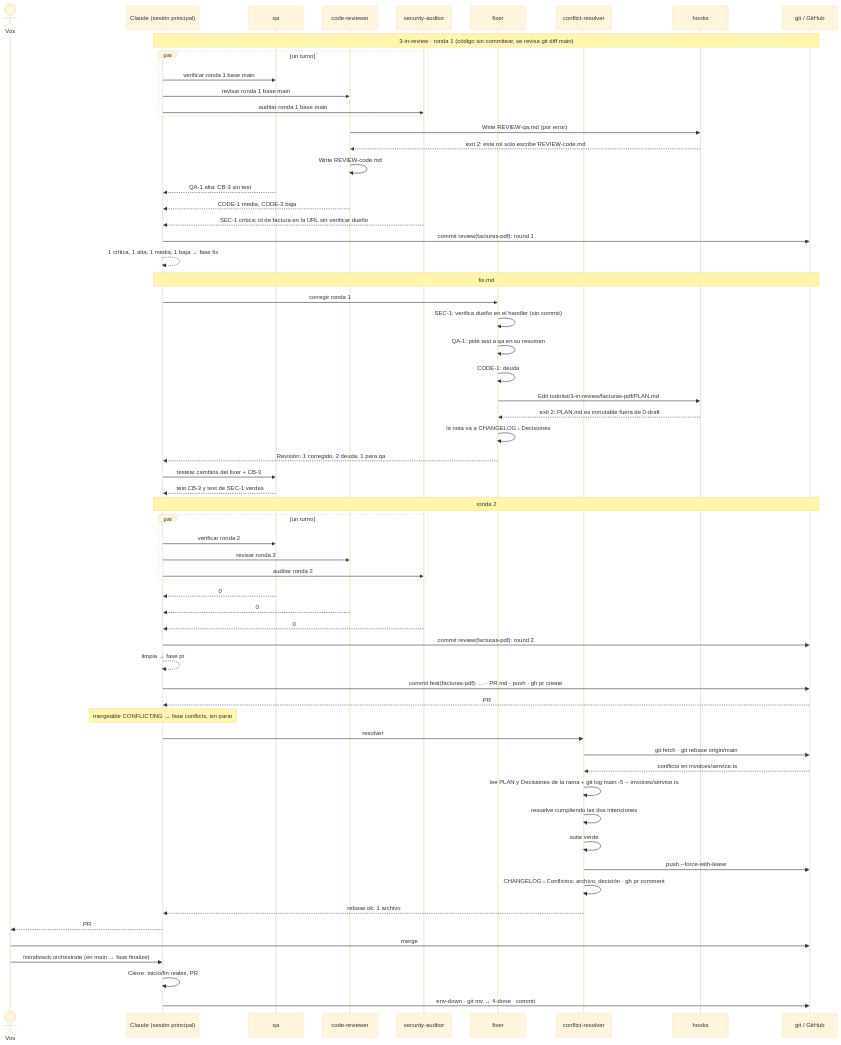
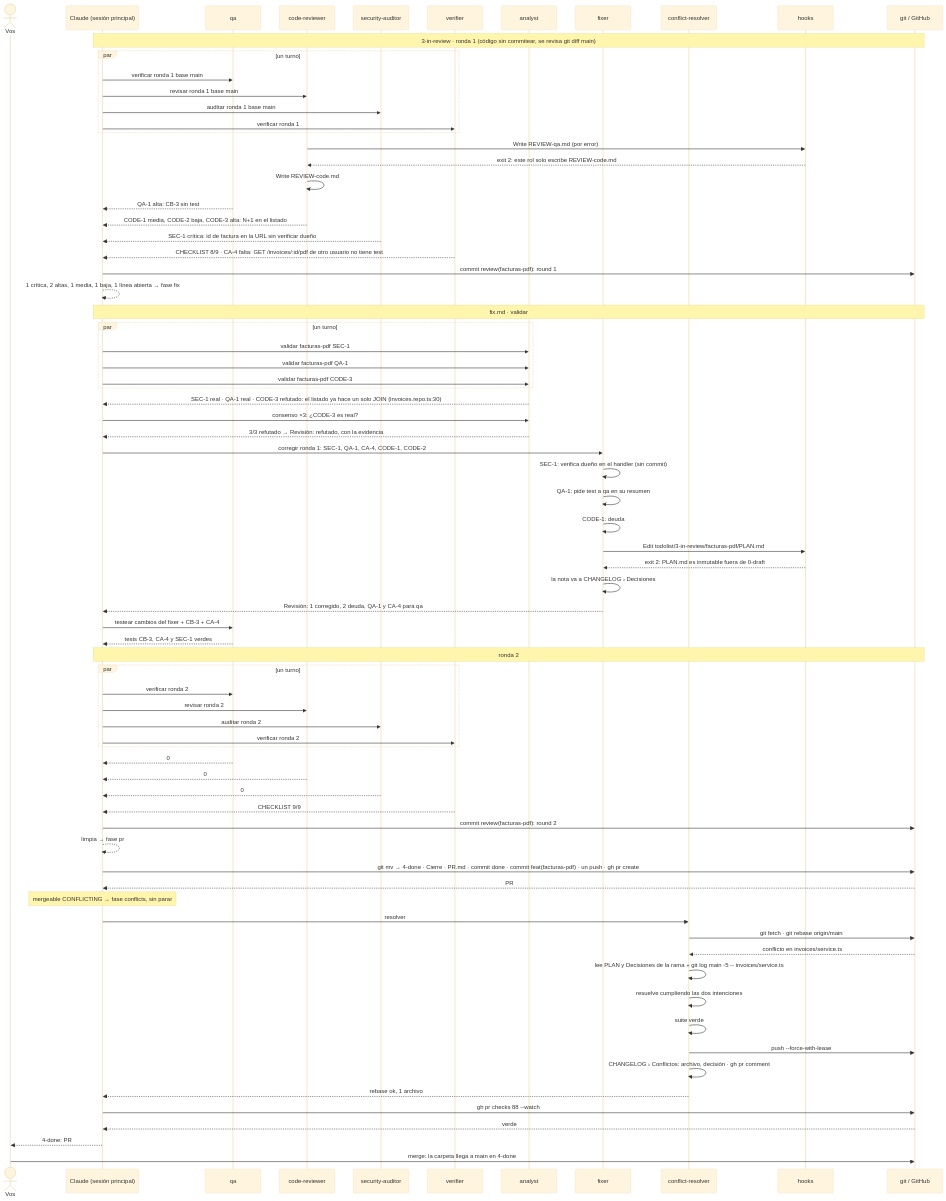
One commit to octavio-parozlabs/mindstack changed the diagram in use-cases/04-review-fix-conflict.md. Above: the diagram before and after it, drawn with Mermaid (base theme). The commit also changed other lines of this file and 44 other files, not shown here.

````diff
--- a/use-cases/04-review-fix-conflict.md
+++ b/use-cases/04-review-fix-conflict.md
@@ -9,6 +9,8 @@
     participant QA as qa
     participant CR as code-reviewer
     participant SA as security-auditor
+    participant VF as verifier
+    participant AN as analyst
     participant FX as fixer
     participant RS as conflict-resolver
     participant H as hooks
@@ -19,41 +21,53 @@
         C->>QA: verificar ronda 1 base main
         C->>CR: revisar ronda 1 base main
         C->>SA: auditar ronda 1 base main
+        C->>VF: verificar ronda 1
     end
     CR->>H: Write REVIEW-qa.md (por error)
     H-->>CR: exit 2: este rol solo escribe REVIEW-code.md
     CR->>CR: Write REVIEW-code.md
     QA-->>C: QA-1 alta: CB-3 sin test
-    CR-->>C: CODE-1 media, CODE-2 baja
+    CR-->>C: CODE-1 media, CODE-2 baja, CODE-3 alta: N+1 en el listado
     SA-->>C: SEC-1 crítica: id de factura en la URL sin verificar dueño
+    VF-->>C: CHECKLIST 8/9 · CA-4 falta: GET /invoices/:id/pdf de otro usuario no tiene test
     C->>G: commit review(facturas-pdf): round 1
-    C-->>C: 1 crítica, 1 alta, 1 media, 1 baja → fase fix
+    C-->>C: 1 crítica, 2 altas, 1 media, 1 baja, 1 línea abierta → fase fix
 
-    Note over C,G: fix.md
-    C->>FX: corregir ronda 1
+    Note over C,G: fix.md · validar
+    par un turno
+        C->>AN: validar facturas-pdf SEC-1
+        C->>AN: validar facturas-pdf QA-1
+        C->>AN: validar facturas-pdf CODE-3
+    end
+    AN-->>C: SEC-1 real · QA-1 real · CODE-3 refutado: el listado ya hace un solo JOIN (invoices.repo.ts:30)
+    C->>AN: consenso ×3: ¿CODE-3 es real?
+    AN-->>C: 3/3 refutado → Revisión: refutado, con la evidencia
+    C->>FX: corregir ronda 1: SEC-1, QA-1, CA-4, CODE-1, CODE-2
     FX->>FX: SEC-1: verifica dueño en el handler (sin commit)
     FX->>FX: QA-1: pide test a qa en su resumen
     FX->>FX: CODE-1: deuda #52 vence 2026-12-15 · CODE-2: deuda #53
     FX->>H: Edit todolist/3-in-review/facturas-pdf/PLAN.md
     H-->>FX: exit 2: PLAN.md es inmutable fuera de 0-draft
     FX->>FX: la nota va a CHANGELOG › Decisiones
-    FX-->>C: Revisión: 1 corregido, 2 deuda, 1 para qa
-    C->>QA: testear cambios del fixer + CB-3
-    QA-->>C: test CB-3 y test de SEC-1 verdes
+    FX-->>C: Revisión: 1 corregido, 2 deuda, QA-1 y CA-4 para qa
+    C->>QA: testear cambios del fixer + CB-3 + CA-4
+    QA-->>C: tests CB-3, CA-4 y SEC-1 verdes
 
     Note over C,G: ronda 2
     par un turno
         C->>QA: verificar ronda 2
         C->>CR: revisar ronda 2
         C->>SA: auditar ronda 2
+        C->>VF: verificar ronda 2
     end
     QA-->>C: 0
     CR-->>C: 0
     SA-->>C: 0
+    VF-->>C: CHECKLIST 9/9
     C->>G: commit review(facturas-pdf): round 2
     C-->>C: limpia → fase pr
 
-        C->>G: commit feat(facturas-pdf): … · PR.md · push · gh pr create
+    C->>G: git mv → 4-done · Cierre · PR.md · commit done · commit feat(facturas-pdf) · un push · gh pr create
     G-->>C: PR #88 · mergeable: CONFLICTING
     Note over C: mergeable CONFLICTING → fase conflicts, sin parar
     C->>RS: resolver
@@ -65,10 +79,9 @@
     RS->>G: push --force-with-lease
     RS->>RS: CHANGELOG › Conflictos: archivo, decisión · gh pr comment
     RS-->>C: rebase ok, 1 archivo
-    C-->>U: PR #88 mergeable
+    C->>G: gh pr checks 88 --watch
+    G-->>C: verde
+    C-->>U: 4-done: PR #88 listo para mergear
 
-    U->>G: merge
-    U->>C: /mindstack:orchestrate (en main → fase finalize)
-    C->>C: Cierre: inicio/fin reales, PR #88, deuda abierta #52 #53
-    C->>G: env-down · git mv → 4-done · commit
+    U->>G: merge: la carpeta llega a main en 4-done
 ```
````
